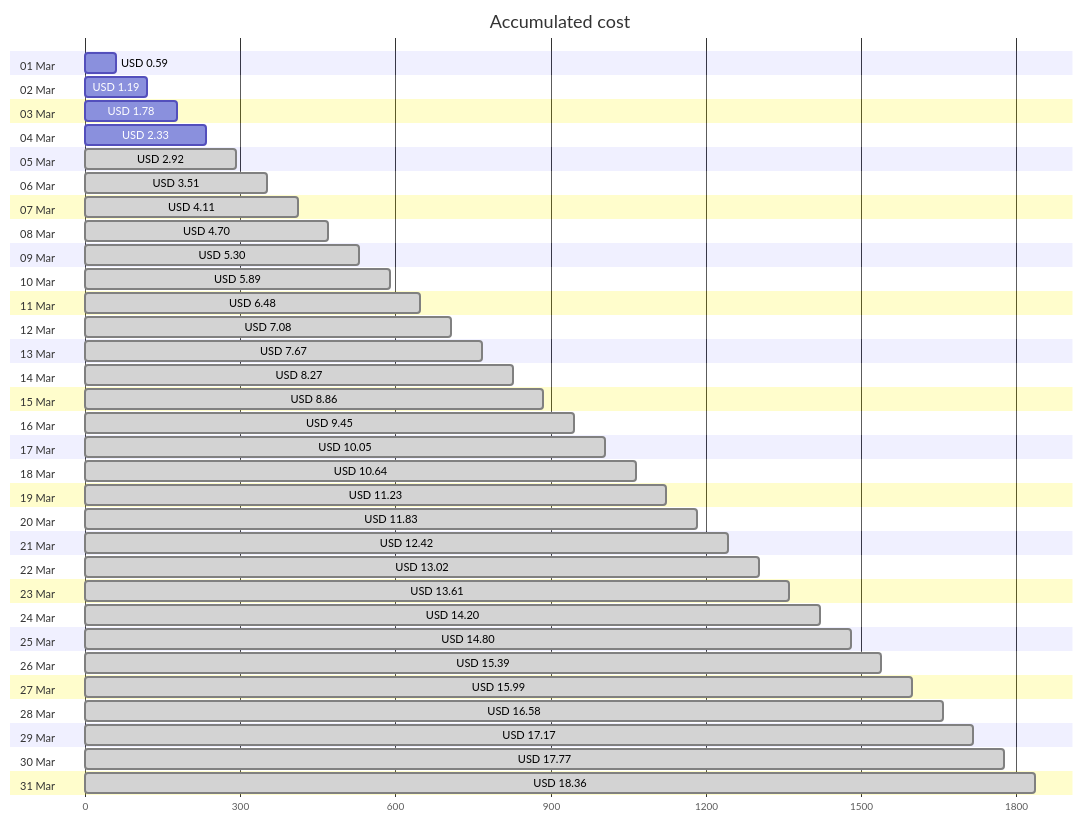
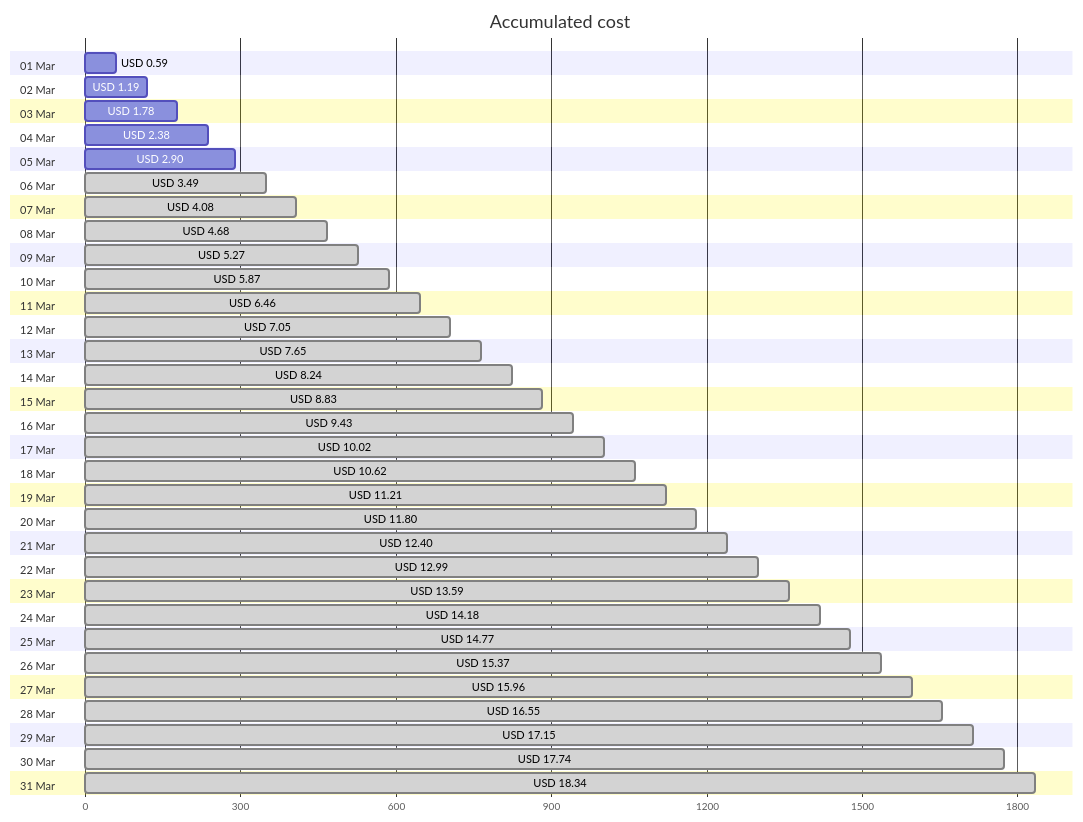
One commit to jpfulton/azure-personal-reports changed the first of 4 diagrams in cost-reports/personal-site/README.md. Above: the diagram before and after it, drawn with Mermaid. The commit also changed other lines of this file and 6 other files, not shown here.

````diff
--- a/cost-reports/personal-site/README.md
+++ b/cost-reports/personal-site/README.md
@@ -20,68 +20,68 @@
 ```mermaid
 gantt
    title Accumulated cost
    dateFormat  X
    axisFormat %s
    section 01 Mar
    USD 0.59 :0, 59
    section 02 Mar
    USD 1.19 :0, 119
    section 03 Mar
    USD 1.78 :0, 178
    section 04 Mar
-   USD 2.33 :0, 233
+   USD 2.38 :0, 238
    section 05 Mar
-   USD 2.92 : done, 0, 292
+   USD 2.90 :0, 290
    section 06 Mar
-   USD 3.51 : done, 0, 351
+   USD 3.49 : done, 0, 349
    section 07 Mar
-   USD 4.11 : done, 0, 411
+   USD 4.08 : done, 0, 408
    section 08 Mar
-   USD 4.70 : done, 0, 470
+   USD 4.68 : done, 0, 468
    section 09 Mar
-   USD 5.30 : done, 0, 530
+   USD 5.27 : done, 0, 527
    section 10 Mar
-   USD 5.89 : done, 0, 589
+   USD 5.87 : done, 0, 587
    section 11 Mar
-   USD 6.48 : done, 0, 648
+   USD 6.46 : done, 0, 646
    section 12 Mar
-   USD 7.08 : done, 0, 708
+   USD 7.05 : done, 0, 705
    section 13 Mar
-   USD 7.67 : done, 0, 767
+   USD 7.65 : done, 0, 765
    section 14 Mar
-   USD 8.27 : done, 0, 827
+   USD 8.24 : done, 0, 824
    section 15 Mar
-   USD 8.86 : done, 0, 886
+   USD 8.83 : done, 0, 883
    section 16 Mar
-   USD 9.45 : done, 0, 945
+   USD 9.43 : done, 0, 943
    section 17 Mar
-   USD 10.05 : done, 0, 1005
+   USD 10.02 : done, 0, 1002
    section 18 Mar
-   USD 10.64 : done, 0, 1064
+   USD 10.62 : done, 0, 1062
    section 19 Mar
-   USD 11.23 : done, 0, 1123
+   USD 11.21 : done, 0, 1121
    section 20 Mar
-   USD 11.83 : done, 0, 1183
+   USD 11.80 : done, 0, 1180
    section 21 Mar
-   USD 12.42 : done, 0, 1242
+   USD 12.40 : done, 0, 1240
    section 22 Mar
-   USD 13.02 : done, 0, 1302
+   USD 12.99 : done, 0, 1299
    section 23 Mar
-   USD 13.61 : done, 0, 1361
+   USD 13.59 : done, 0, 1359
    section 24 Mar
-   USD 14.20 : done, 0, 1420
+   USD 14.18 : done, 0, 1418
    section 25 Mar
-   USD 14.80 : done, 0, 1480
+   USD 14.77 : done, 0, 1477
    section 26 Mar
-   USD 15.39 : done, 0, 1539
+   USD 15.37 : done, 0, 1537
    section 27 Mar
-   USD 15.99 : done, 0, 1599
+   USD 15.96 : done, 0, 1596
    section 28 Mar
-   USD 16.58 : done, 0, 1658
+   USD 16.55 : done, 0, 1655
    section 29 Mar
-   USD 17.17 : done, 0, 1717
+   USD 17.15 : done, 0, 1715
    section 30 Mar
-   USD 17.77 : done, 0, 1777
+   USD 17.74 : done, 0, 1774
    section 31 Mar
-   USD 18.36 : done, 0, 1836
+   USD 18.34 : done, 0, 1834
 ```
````
